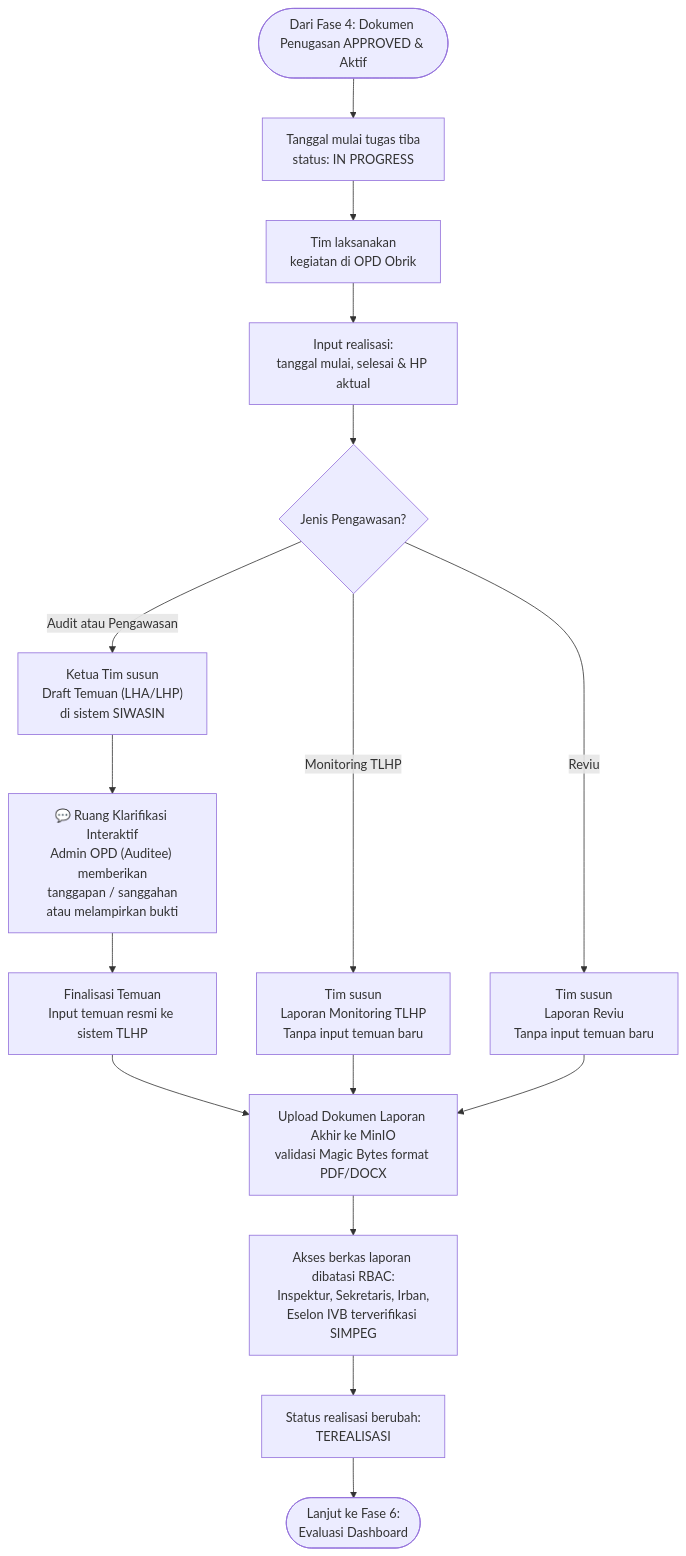
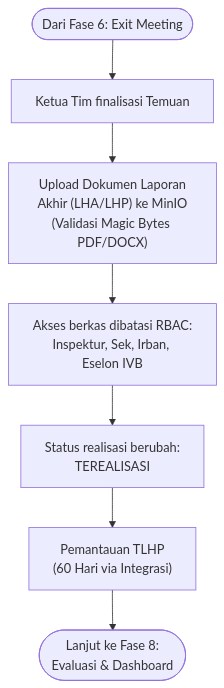
Diagram 12 of 23 in DEVTOOLS/Blueprint.md (bimasulistyaw-hash/siwasin), drawn with Mermaid before and after one commit. The commit also changed other lines of this file, not shown here.

````diff
--- a/DEVTOOLS/Blueprint.md
+++ b/DEVTOOLS/Blueprint.md
@@ -448,22 +513,10 @@
 ```mermaid
 flowchart TD
-    A([Dari Fase 4: Dokumen Penugasan APPROVED & Aktif])
-    A --> B["Tanggal mulai tugas tiba\nstatus: IN PROGRESS"]
-    B --> C["Tim laksanakan\nkegiatan di OPD Obrik"]
-    C --> D["Input realisasi:\ntanggal mulai, selesai & HP aktual"]
-    
-    D --> E{Jenis Pengawasan?}
-    E -- Audit atau Pengawasan --> E1["Ketua Tim susun\nDraft Temuan (LHA/LHP)\ndi sistem SIWASIN"]
-    E1 --> KLARIFIKASI["💬 Ruang Klarifikasi Interaktif\nAdmin OPD (Auditee) memberikan\ntanggapan / sanggahan\natau melampirkan bukti"]
-    KLARIFIKASI --> FINAL_TEMUAN["Finalisasi Temuan\nInput temuan resmi ke sistem TLHP"]
-    
-    E -- Monitoring TLHP --> E3["Tim susun\nLaporan Monitoring TLHP\nTanpa input temuan baru"]
-    E -- Reviu --> E4["Tim susun\nLaporan Reviu\nTanpa input temuan baru"]
-    
-    FINAL_TEMUAN --> F["Upload Dokumen Laporan Akhir ke MinIO\nvalidasi Magic Bytes format PDF/DOCX"]
-    E3 & E4 --> F
-    
-    F --> G["Akses berkas laporan dibatasi RBAC:\nInspektur, Sekretaris, Irban,\nEselon IVB terverifikasi SIMPEG"]
-    G --> H["Status realisasi berubah:\nTEREALISASI"]
-    H --> I([Lanjut ke Fase 6:\nEvaluasi Dashboard])
+    A([Dari Fase 6: Exit Meeting])
+    A --> B["Ketua Tim finalisasi Temuan"]
+    B --> C["Upload Dokumen Laporan\nAkhir (LHA/LHP) ke MinIO\n(Validasi Magic Bytes PDF/DOCX)"]
+    C --> D["Akses berkas dibatasi RBAC:\nInspektur, Sek, Irban, Eselon IVB"]
+    D --> E["Status realisasi berubah:\nTEREALISASI"]
+    E --> F["Pemantauan TLHP\n(60 Hari via Integrasi)"]
+    F --> G([Lanjut ke Fase 8:\nEvaluasi & Dashboard])
 ```
````
